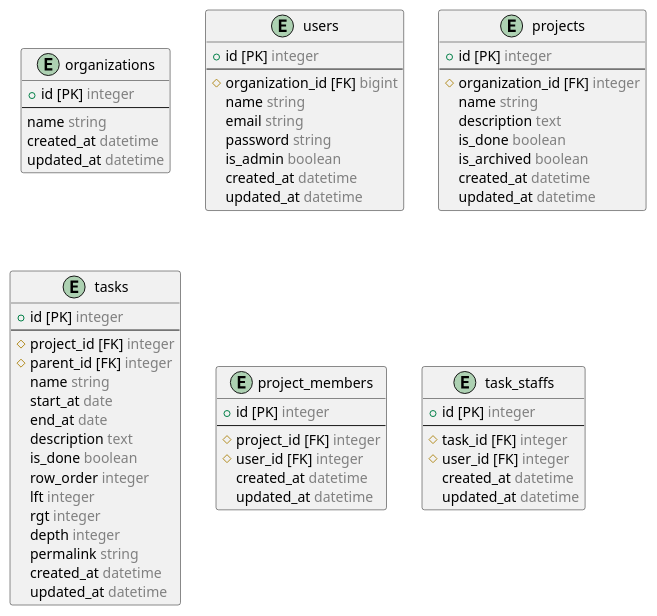
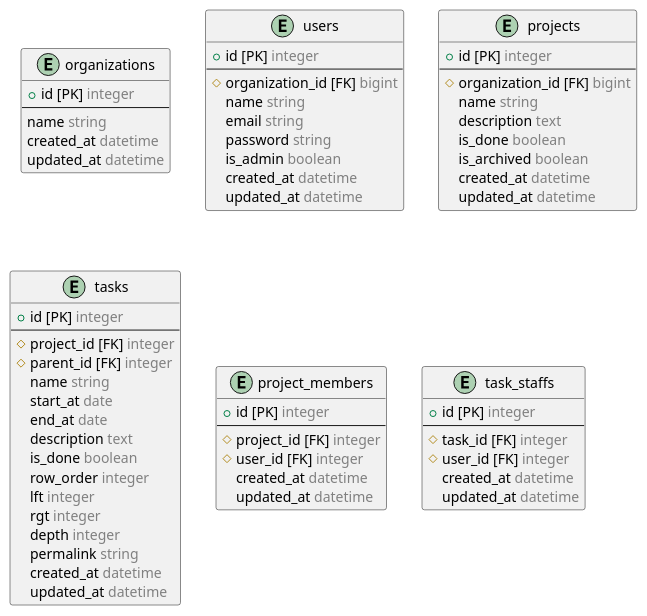
One commit to musashi-634/taskwith changed the diagram in docs/erd/src/entity.pu. Above: the diagram before and after it, drawn with PlantUML. The commit also changed 3 other files, not shown here.

```diff
--- a/docs/erd/src/entity.pu
+++ b/docs/erd/src/entity.pu
@@ -1,72 +1,72 @@
 @startuml erd
 
   entity "organizations" {
     + id [PK] <color:gray>integer</color>
     --
     name <color:gray>string</color>
     created_at <color:gray>datetime</color>
     updated_at <color:gray>datetime</color>
   }
 
   entity "users" {
     + id [PK] <color:gray>integer</color>
     --
     # organization_id [FK] <color:gray>bigint</color>
     name <color:gray>string</color>
     email <color:gray>string</color>
     password <color:gray>string</color>
     is_admin <color:gray>boolean</color>
     created_at <color:gray>datetime</color>
     updated_at <color:gray>datetime</color>
   }
 
   entity "projects" {
     + id [PK] <color:gray>integer</color>
     --
-    # organization_id [FK] <color:gray>integer</color>
+    # organization_id [FK] <color:gray>bigint</color>
     name <color:gray>string</color>
     description <color:gray>text</color>
     is_done <color:gray>boolean</color>
     is_archived <color:gray>boolean</color>
     created_at <color:gray>datetime</color>
     updated_at <color:gray>datetime</color>
   }
 
   entity "tasks" {
     + id [PK] <color:gray>integer</color>
     --
     # project_id [FK] <color:gray>integer</color>
     # parent_id [FK] <color:gray>integer</color>
     name <color:gray>string</color>
     start_at <color:gray>date</color>
     end_at <color:gray>date</color>
     description <color:gray>text</color>
     is_done <color:gray>boolean</color>
     row_order <color:gray>integer</color>
     lft <color:gray>integer</color>
     rgt <color:gray>integer</color>
     depth <color:gray>integer</color>
     permalink <color:gray>string</color>
     created_at <color:gray>datetime</color>
     updated_at <color:gray>datetime</color>
   }
 
   entity "project_members" {
     + id [PK] <color:gray>integer</color>
     --
     # project_id [FK] <color:gray>integer</color>
     # user_id [FK] <color:gray>integer</color>
     created_at <color:gray>datetime</color>
     updated_at <color:gray>datetime</color>
   }
 
   entity "task_staffs" {
     + id [PK] <color:gray>integer</color>
     --
     # task_id [FK] <color:gray>integer</color>
     # user_id [FK] <color:gray>integer</color>
     created_at <color:gray>datetime</color>
     updated_at <color:gray>datetime</color>
   }
 
 @enduml
```
